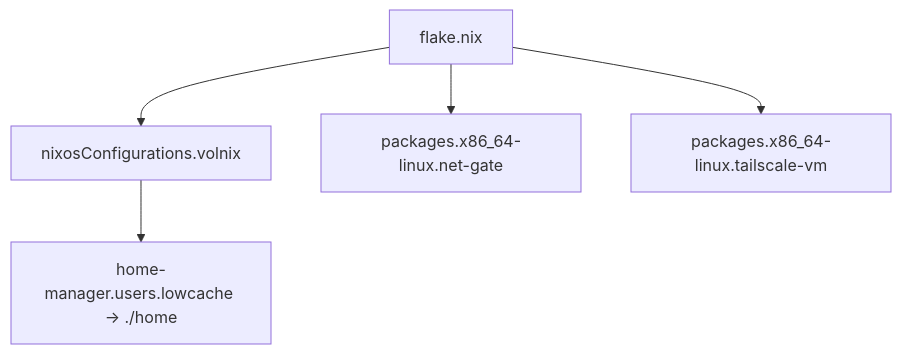
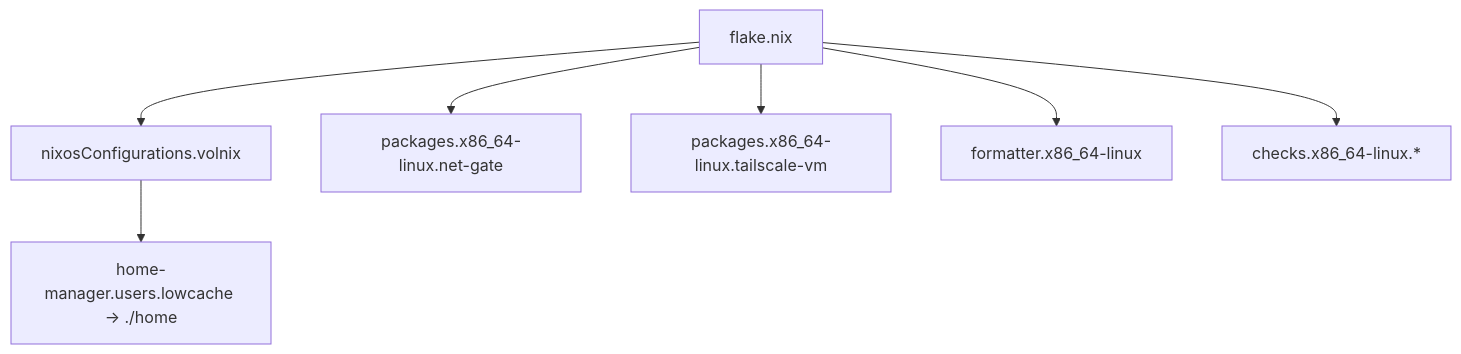
The diagram in docs/reference/flake.md (lowcache/infernalnixos), drawn with Mermaid before and after one commit. The commit also changed other lines of this file and 5 other files, not shown here.

````diff
--- a/docs/reference/flake.md
+++ b/docs/reference/flake.md
@@ -38,7 +39,9 @@
 ```mermaid
 graph TD
     F["flake.nix"] --> V["nixosConfigurations.volnix"]
     F --> NG["packages.x86_64-linux.net-gate"]
     F --> TS["packages.x86_64-linux.tailscale-vm"]
+    F --> FM["formatter.x86_64-linux"]
+    F --> CK["checks.x86_64-linux.*"]
     V --> HM["home-manager.users.lowcache → ./home"]
 ```
````
